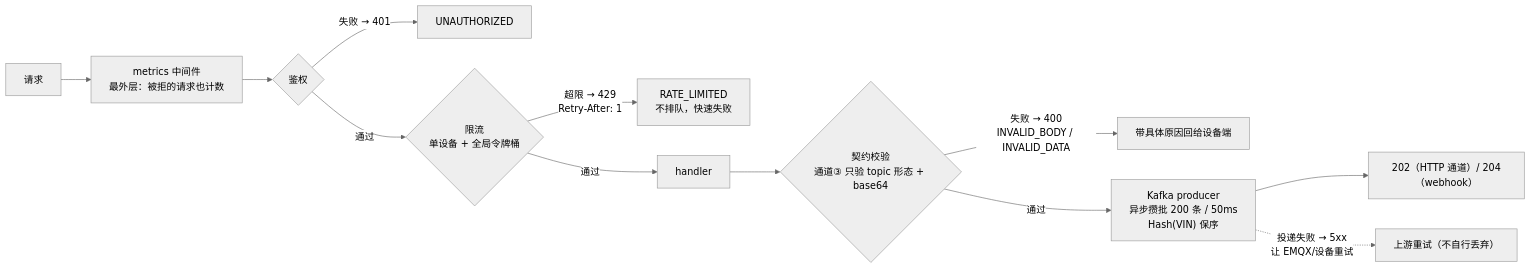
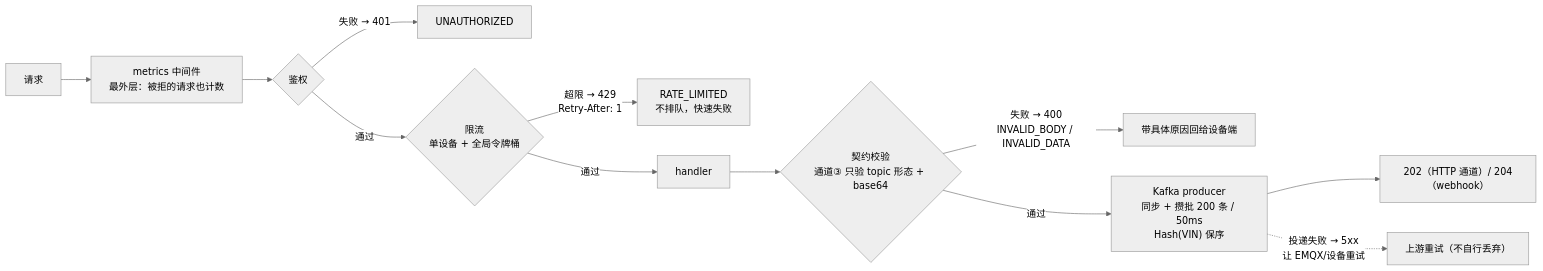
One commit to Mosslau/Mosaic changed the second of 2 diagrams in ingest/device-gateway/README.md. Above: the diagram before and after it, drawn with Mermaid (neutral theme). The commit also changed other lines of this file and 10 other files, not shown here.

````diff
--- a/ingest/device-gateway/README.md
+++ b/ingest/device-gateway/README.md
@@ -137,14 +142,14 @@
 ```mermaid
 flowchart LR
   REQ["请求"] --> MW["metrics 中间件<br/>最外层：被拒的请求也计数"]
   MW --> AUTH{"鉴权"}
   AUTH -- "失败 → 401" --> E401["UNAUTHORIZED"]
   AUTH -- 通过 --> RL{"限流<br/>单设备 + 全局令牌桶"}
   RL -- "超限 → 429<br/>Retry-After: 1" --> E429["RATE_LIMITED<br/>不排队，快速失败"]
   RL -- 通过 --> H["handler"]
   H --> V{"契约校验<br/>通道③ 只验 topic 形态 + base64"}
   V -- "失败 → 400<br/>INVALID_BODY / INVALID_DATA" --> E400["带具体原因回给设备端"]
-  V -- 通过 --> K["Kafka producer<br/>异步攒批 200 条 / 50ms<br/>Hash(VIN) 保序"]
+  V -- 通过 --> K["Kafka producer<br/>同步 + 攒批 200 条 / 50ms<br/>Hash(VIN) 保序"]
   K --> OK["202（HTTP 通道）/ 204（webhook）"]
   K -. "投递失败 → 5xx<br/>让 EMQX/设备重试" .-> RETRY["上游重试（不自行丢弃）"]
 ```
````
